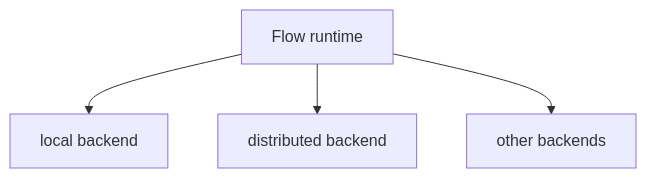
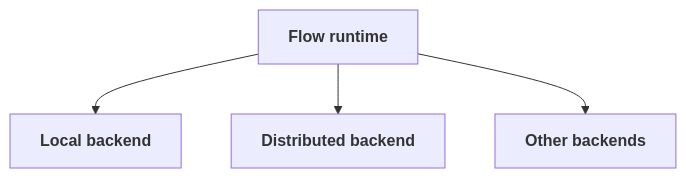
One commit to FAST-HEP/fasthep-flow changed the second of 7 diagrams in docs/execution/runtime.md. Above: the diagram before and after it, drawn with Mermaid. The commit also changed other lines of this file and 7 other files, not shown here.

````diff
--- a/docs/execution/runtime.md
+++ b/docs/execution/runtime.md
@@ -115,12 +115,12 @@
 ```{mermaid}
 flowchart TD
-    Runtime["Flow runtime"]
+    Runtime["<b>Flow runtime</b>"]:::runtime
 
-    Local["local backend"]
-    Distributed["distributed backend"]
-    Future["other backends"]
+    Local["<b>Local backend</b>"]:::capability
+    Distributed["<b>Distributed backend</b>"]:::capability
+    Future["<b>Other backends</b>"]:::capability
 
     Runtime --> Local
     Runtime --> Distributed
     Runtime --> Future
 ```
````
